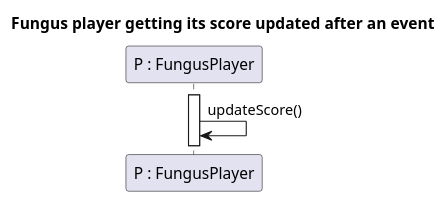
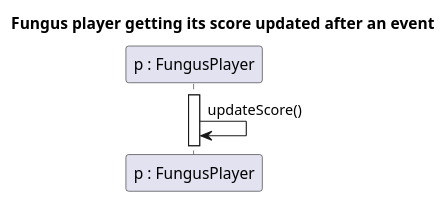
One commit to Klastiv/Projlab_nullpointerexception changed the diagram in diagrams/diagramFiles/SQ_FungusPlayerScore.puml. Above: the diagram before and after it, drawn with PlantUML. The commit also changed 17 other files, not shown here.

Commit message:
SQ diagrams all small letterts and made fine

```diff
--- a/diagrams/diagramFiles/SQ_FungusPlayerScore.puml
+++ b/diagrams/diagramFiles/SQ_FungusPlayerScore.puml
@@ -1,12 +1,12 @@
 @startuml Fungus player score
 
 title Fungus player getting its score updated after an event
 
-participant "P : FungusPlayer" as P
+participant "p : FungusPlayer" as P
 
 activate P
 
 P -> P : updateScore()
 
 
 @enduml
```
